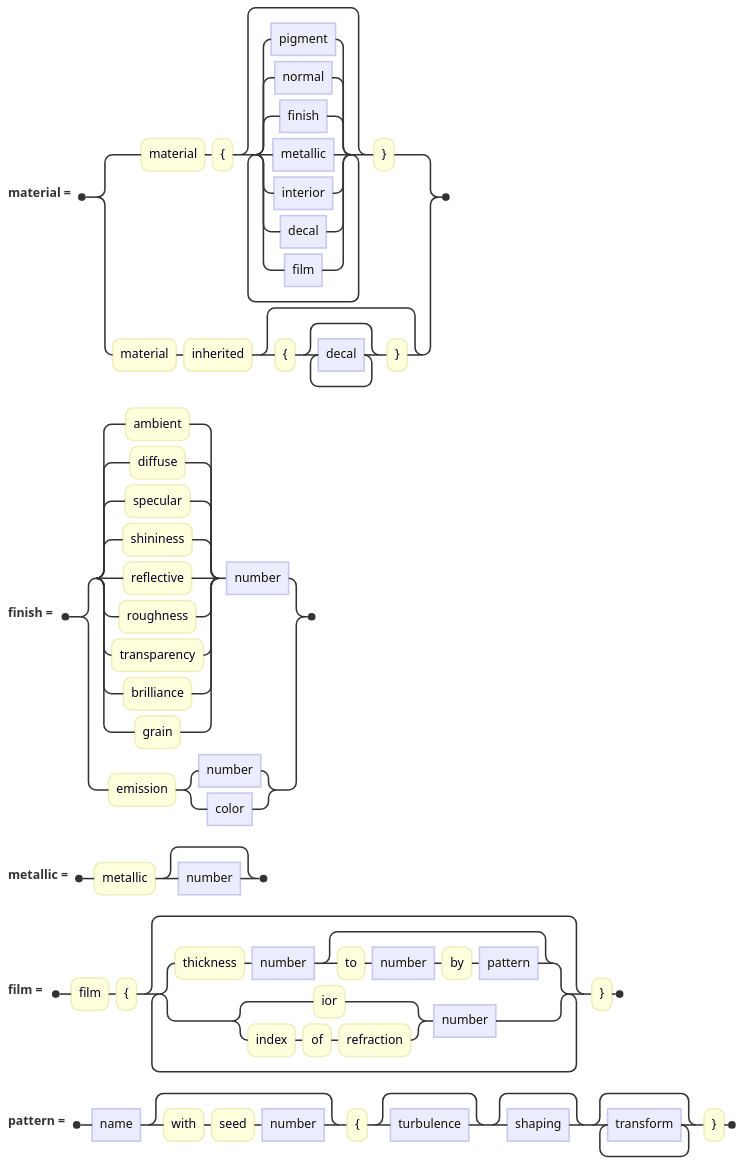
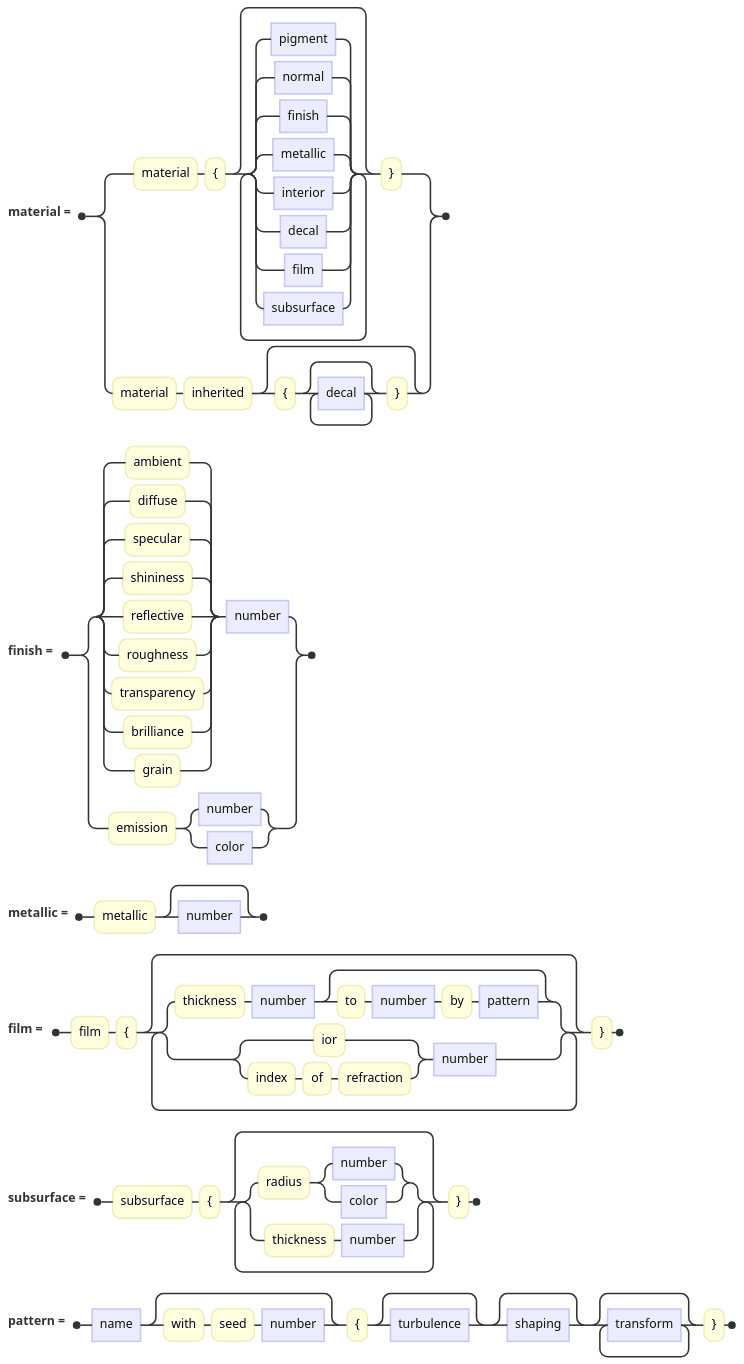
One commit to jskress/RayTracer changed the diagram in docs/diagrams/materials/materialClause.mmd. Above: the diagram before and after it, drawn with Mermaid. The commit also changed 34 other files, not shown here.

```diff
--- a/docs/diagrams/materials/materialClause.mmd
+++ b/docs/diagrams/materials/materialClause.mmd
@@ -1,16 +1,18 @@
 railroad-ebnf-beta
 title "A material"
 
-material = "material" "{" { pigment | normal | finish | metallic | interior | decal | film } "}"
+material = "material" "{" { pigment | normal | finish | metallic | interior | decal | film | subsurface } "}"
          | "material" "inherited" [ "{" { decal } "}" ] ;
 
 finish = ( "ambient" | "diffuse" | "specular" | "shininess" | "reflective"
          | "roughness" | "transparency" | "brilliance" | "grain" ) number
        | "emission" ( number | color ) ;
 
 metallic = "metallic" [ number ] ;
 
 film = "film" "{" { "thickness" number [ "to" number "by" pattern ]
                   | ( "ior" | "index" "of" "refraction" ) number } "}" ;
 
+subsurface = "subsurface" "{" { "radius" ( number | color ) | "thickness" number } "}" ;
+
 pattern = name [ "with" "seed" number ] "{" [ turbulence ] [ shaping ] { transform } "}" ;
```
